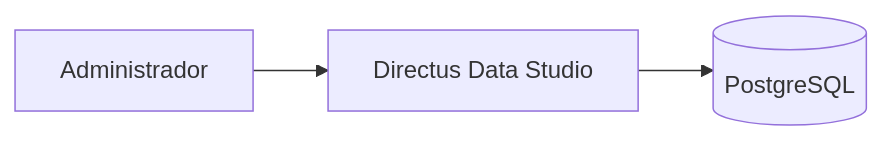
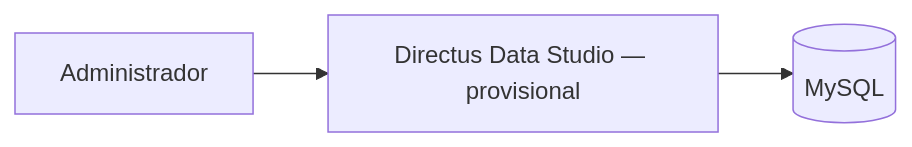
Before and after one commit to cromaticacreativa/project-cromaticacreativa-web: the second of 4 diagrams in README.md, drawn with Mermaid. The commit also changed other lines of this file and 276 other files, not shown here.

````diff
--- a/README.md
+++ b/README.md
@@ -103,5 +106,5 @@
 ```mermaid
 flowchart LR
-    administrator["Administrador"] --> directus["Directus Data Studio"]
-    directus --> database[("PostgreSQL")]
+    administrador["Administrador"] --> directus["Directus Data Studio — provisional"]
+    directus --> mysql[("MySQL")]
 ```
````
